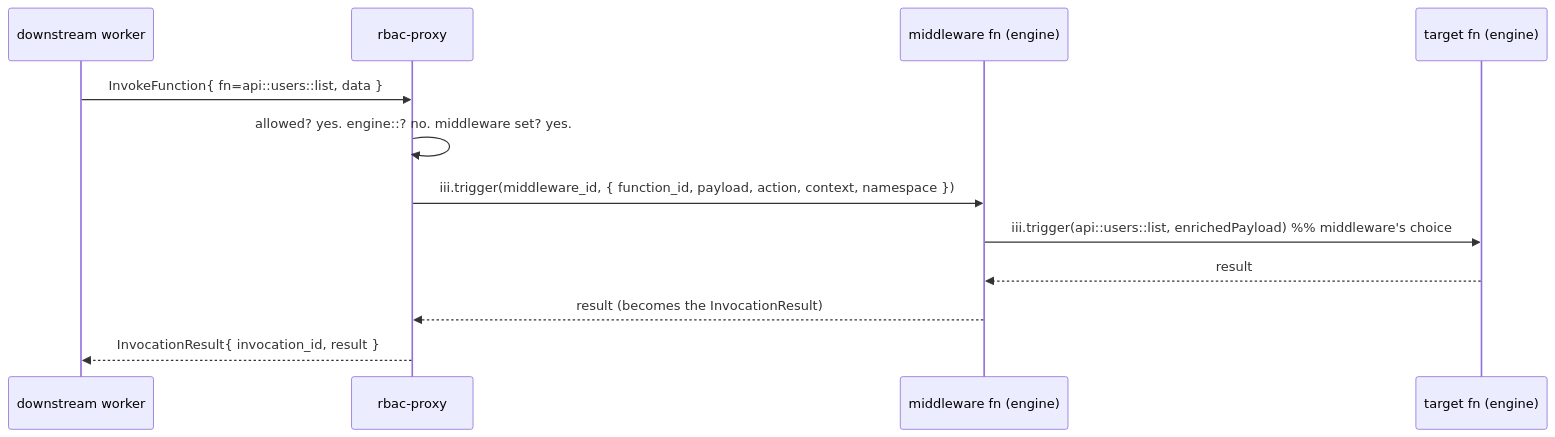
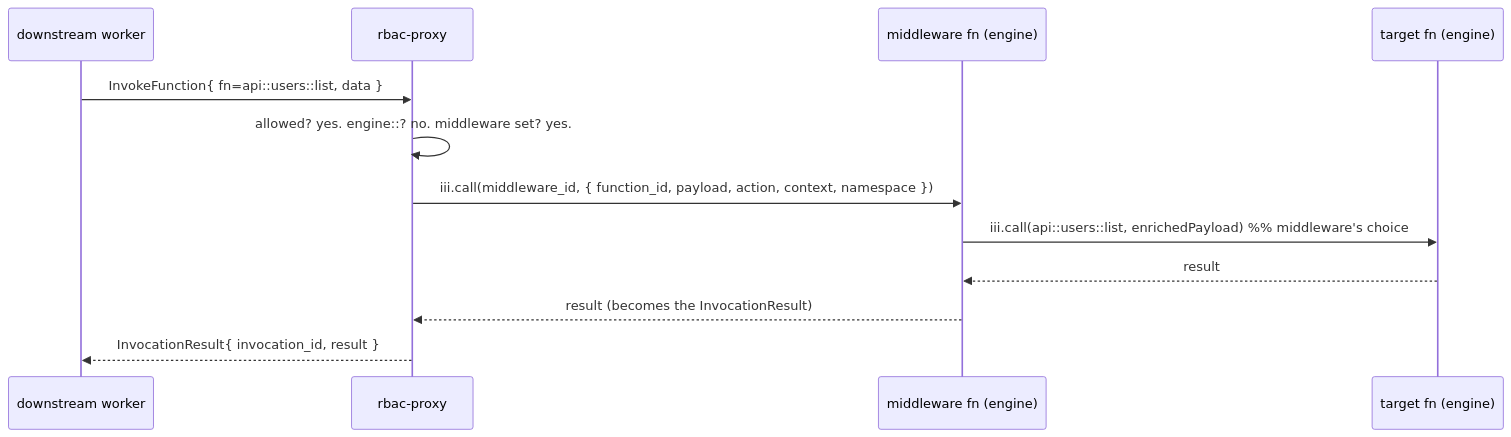
One commit to iii-hq/workers changed the second of 2 diagrams in tech-specs/2026-06-rbac-proxy-worker/rbac.md. Above: the diagram before and after it, drawn with Mermaid. The commit also changed other lines of this file and 19 other files, not shown here.

````diff
--- a/tech-specs/2026-06-rbac-proxy-worker/rbac.md
+++ b/tech-specs/2026-06-rbac-proxy-worker/rbac.md
@@ -238,14 +233,14 @@
 ```mermaid
 sequenceDiagram
   participant W as downstream worker
   participant P as rbac-proxy
   participant M as middleware fn (engine)
   participant T as target fn (engine)
   W->>P: InvokeFunction{ fn=api::users::list, data }
   P->>P: allowed? yes. engine::? no. middleware set? yes.
-  P->>M: iii.trigger(middleware_id, { function_id, payload, action, context, namespace })
-  M->>T: iii.trigger(api::users::list, enrichedPayload)   %% middleware's choice
+  P->>M: iii.call(middleware_id, { function_id, payload, action, context, namespace })
+  M->>T: iii.call(api::users::list, enrichedPayload)   %% middleware's choice
   T-->>M: result
   M-->>P: result (becomes the InvocationResult)
   P-->>W: InvocationResult{ invocation_id, result }
 ```
````
